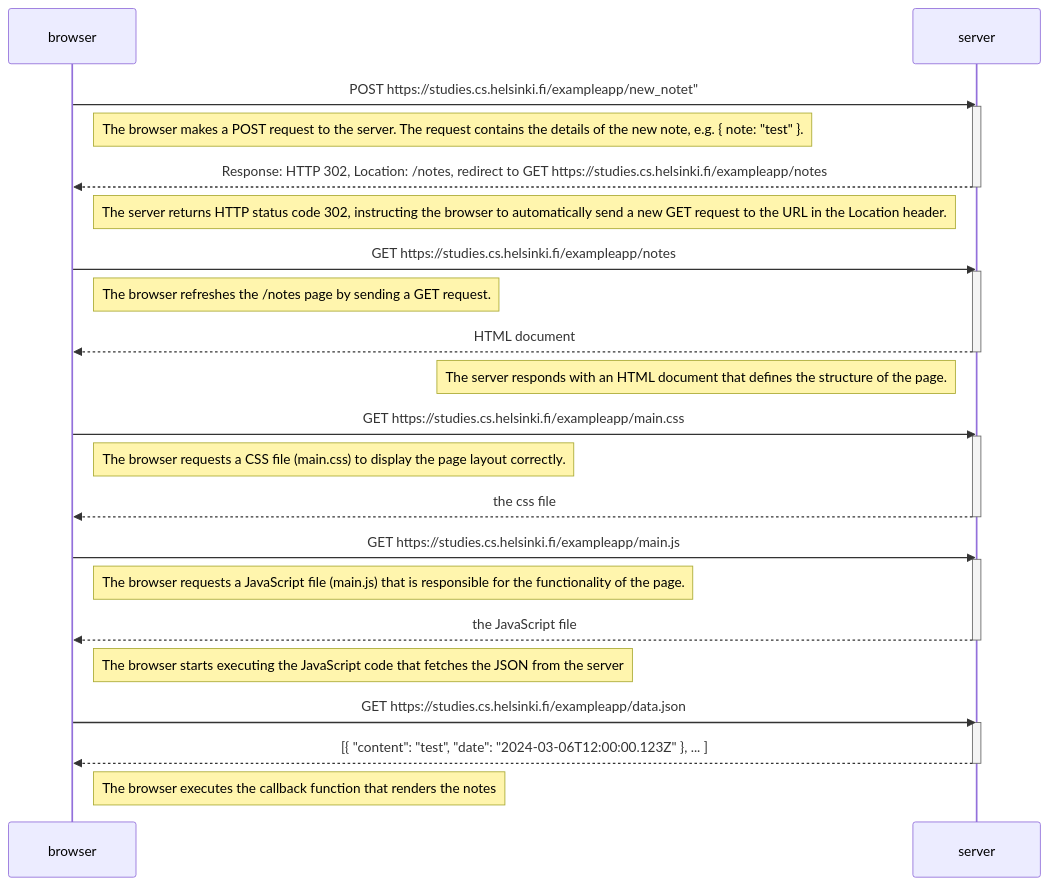
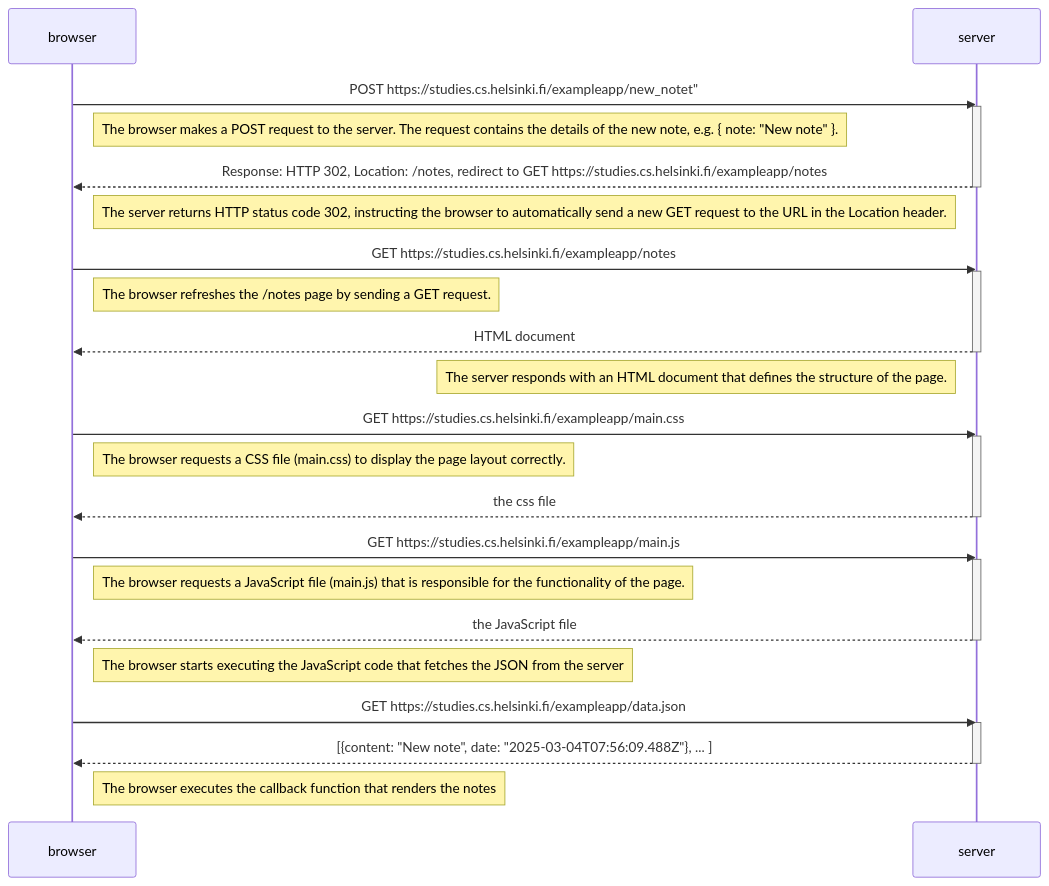
Before and after one commit to Maahantuoja/mooc_fullstackopen_palautusrepositorio: the diagram in osa0/README.md, drawn with Mermaid.

````diff
--- a/osa0/README.md
+++ b/osa0/README.md
@@ -5,50 +5,50 @@
 ```mermaid
 sequenceDiagram
     participant browser
     participant server
     
     browser->>server: POST https://studies.cs.helsinki.fi/exampleapp/new_notet"
     activate server
 
-    Note right of browser: The browser makes a POST request to the server. The request contains the details of the new note, e.g. { note: "test" }.
+    Note right of browser: The browser makes a POST request to the server. The request contains the details of the new note, e.g. { note: "New note" }.
 
     server-->>browser: Response: HTTP 302, Location: /notes, redirect to GET https://studies.cs.helsinki.fi/exampleapp/notes
     deactivate server
 
     Note left of server: The server returns HTTP status code 302, instructing the browser to automatically send a new GET request to the URL in the Location header.
 
     browser->>server: GET https://studies.cs.helsinki.fi/exampleapp/notes
     activate server
 
     Note right of browser: The browser refreshes the /notes page by sending a GET request.
 
     server-->>browser: HTML document
     deactivate server
 
     Note left of server: The server responds with an HTML document that defines the structure of the page.
 
     browser->>server: GET https://studies.cs.helsinki.fi/exampleapp/main.css
     activate server
 
     Note right of browser: The browser requests a CSS file (main.css) to display the page layout correctly.
 
     server-->>browser: the css file
     deactivate server
     
     browser->>server: GET https://studies.cs.helsinki.fi/exampleapp/main.js
     activate server
 
     Note right of browser: The browser requests a JavaScript file (main.js) that is responsible for the functionality of the page.
 
     server-->>browser: the JavaScript file
     deactivate server
     
     Note right of browser: The browser starts executing the JavaScript code that fetches the JSON from the server
     
     browser->>server: GET https://studies.cs.helsinki.fi/exampleapp/data.json
     activate server
-    server-->>browser: [{ "content": "test", "date": "2024-03-06T12:00:00.123Z" }, ... ]
+    server-->>browser: [{content: "New note", date: "2025-03-04T07:56:09.488Z"}, ... ]
     deactivate server    
 
     Note right of browser: The browser executes the callback function that renders the notes 
 ```
````
